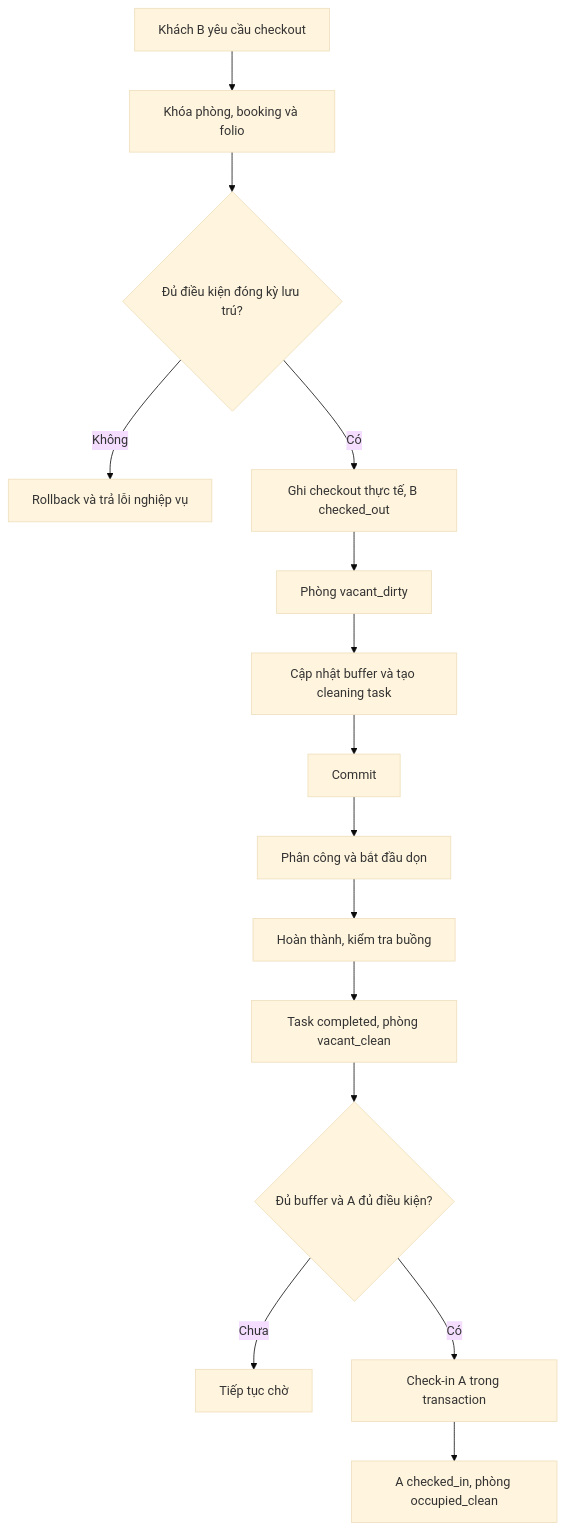
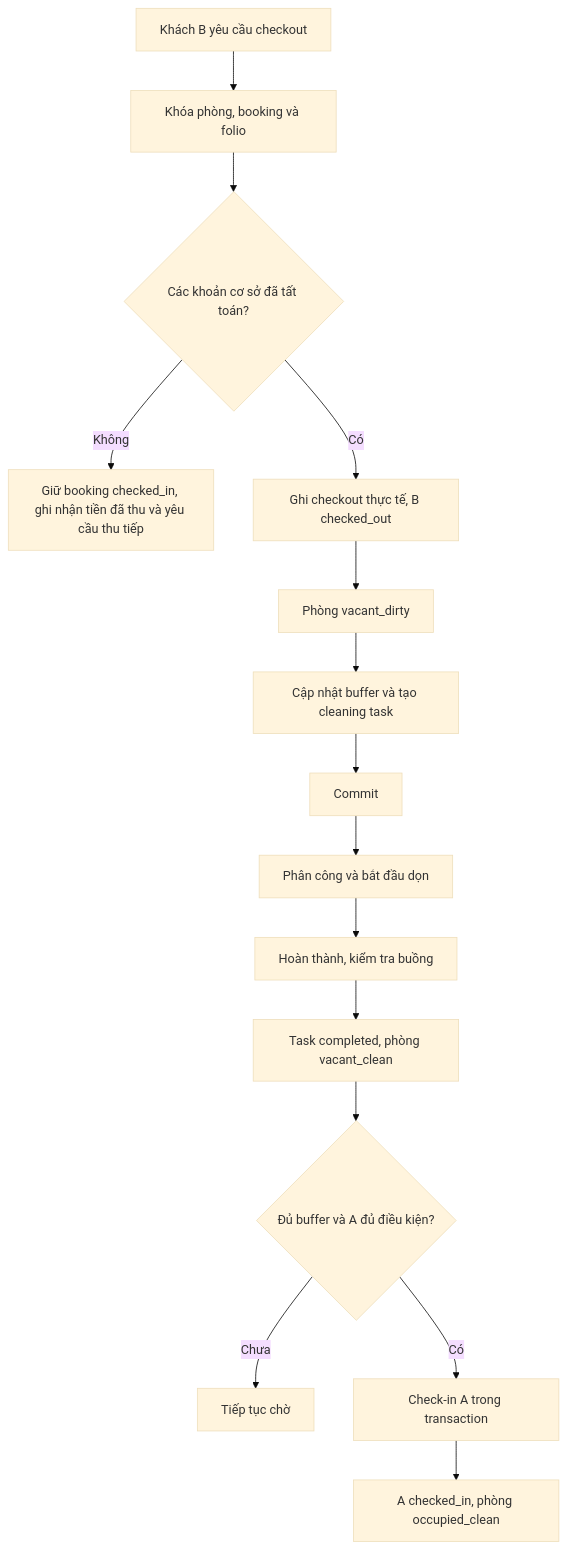
The diagram in docs/vi/dev-spec/tai-cau-truc-nghiep-vu-dat-phong-va-buong-phong.md (TL2505/QL_KhachSan), drawn with Mermaid (base theme) before and after one commit. The commit also changed other lines of this file and 137 other files, not shown here.

````diff
--- a/docs/vi/dev-spec/tai-cau-truc-nghiep-vu-dat-phong-va-buong-phong.md
+++ b/docs/vi/dev-spec/tai-cau-truc-nghiep-vu-dat-phong-va-buong-phong.md
@@ -395,17 +443,17 @@
 ```mermaid
 flowchart TD
     A[Khách B yêu cầu checkout] --> B[Khóa phòng, booking và folio]
-    B --> C{Đủ điều kiện đóng kỳ lưu trú?}
-    C -- Không --> D[Rollback và trả lỗi nghiệp vụ]
+    B --> C{Các khoản cơ sở đã tất toán?}
+    C -- Không --> D[Giữ booking checked_in, ghi nhận tiền đã thu và yêu cầu thu tiếp]
     C -- Có --> E[Ghi checkout thực tế, B checked_out]
     E --> F[Phòng vacant_dirty]
     F --> G[Cập nhật buffer và tạo cleaning task]
     G --> H[Commit]
     H --> I[Phân công và bắt đầu dọn]
     I --> J[Hoàn thành, kiểm tra buồng]
     J --> K[Task completed, phòng vacant_clean]
     K --> L{Đủ buffer và A đủ điều kiện?}
     L -- Chưa --> M[Tiếp tục chờ]
     L -- Có --> N[Check-in A trong transaction]
     N --> O[A checked_in, phòng occupied_clean]
 ```
````
